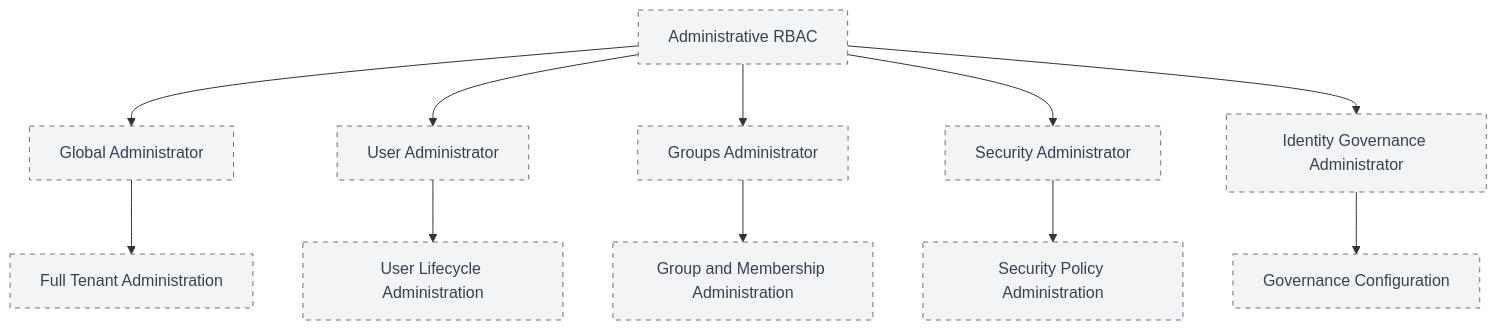
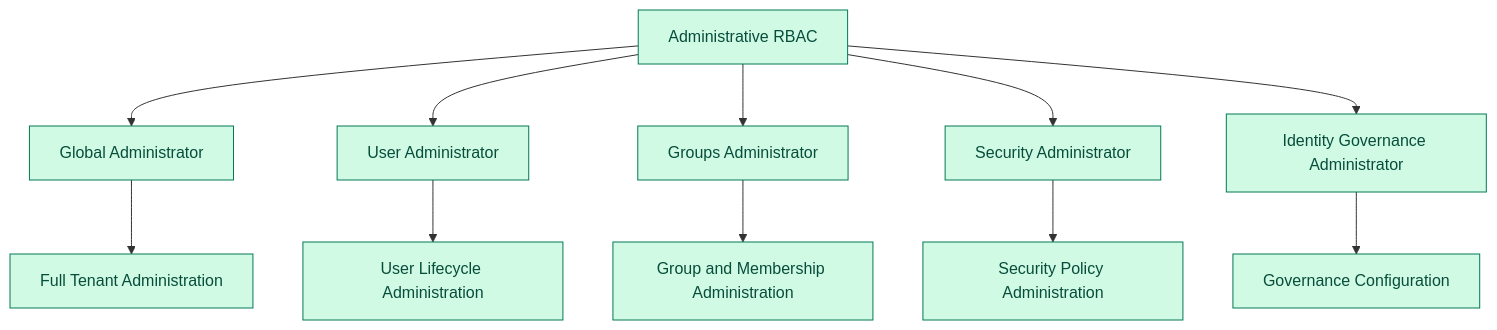
One commit to miuris/Enterprise-Identity-Administration changed the sixth of 7 diagrams in diagrams/architecture.md. Above: the diagram before and after it, drawn with Mermaid. The commit also changed other lines of this file, not shown here.

First line of the commit message:
Update architecture.md

````diff
--- a/diagrams/architecture.md
+++ b/diagrams/architecture.md
@@ -128,17 +128,17 @@
 ```mermaid
 flowchart TD
     A[Administrative RBAC] --> B[Global Administrator]
     A --> C[User Administrator]
     A --> D[Groups Administrator]
     A --> E[Security Administrator]
     A --> F[Identity Governance Administrator]
 
     B --> B1[Full Tenant Administration]
     C --> C1[User Lifecycle Administration]
     D --> D1[Group and Membership Administration]
     E --> E1[Security Policy Administration]
     F --> F1[Governance Configuration]
 
-    classDef planned fill:#f3f4f6,stroke:#6b7280,color:#374151,stroke-dasharray: 5 5
+    classDef planned fill:#d1fae5,stroke:#047857,color:#064e3b
     class A,B,C,D,E,F,B1,C1,D1,E1,F1 planned
 ```
````
